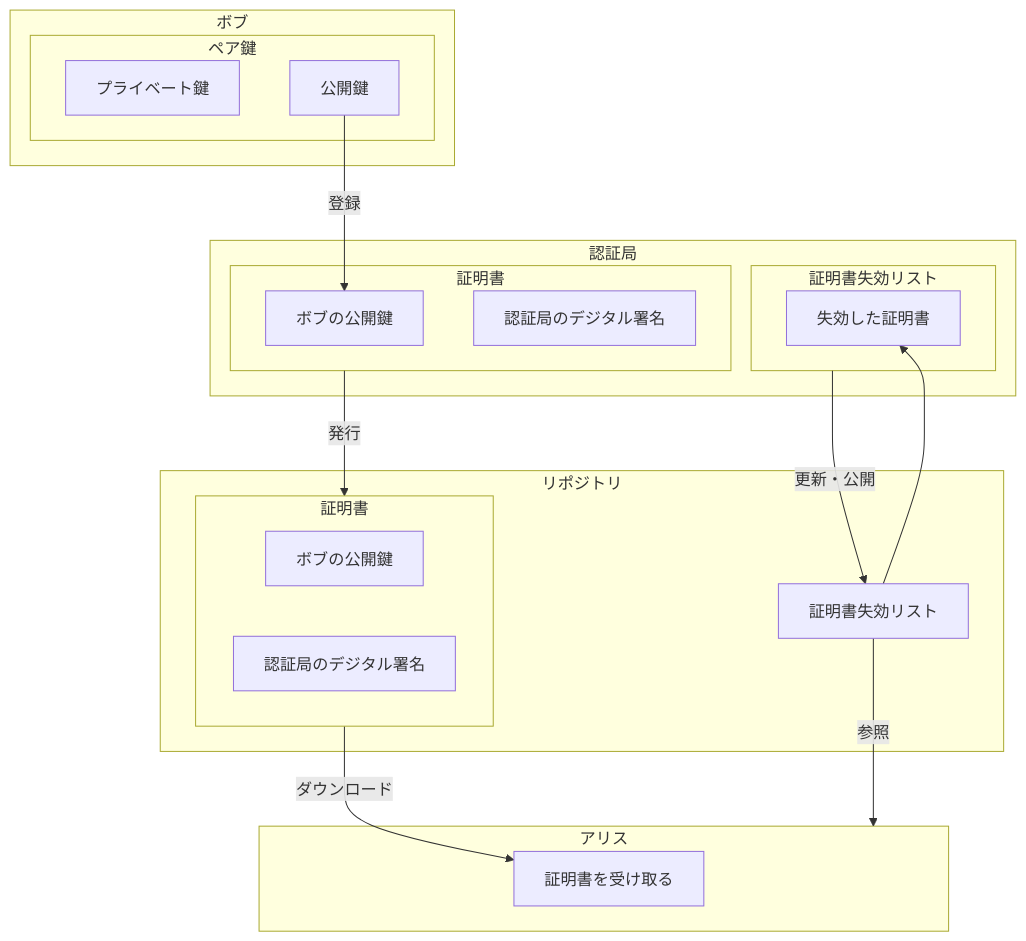
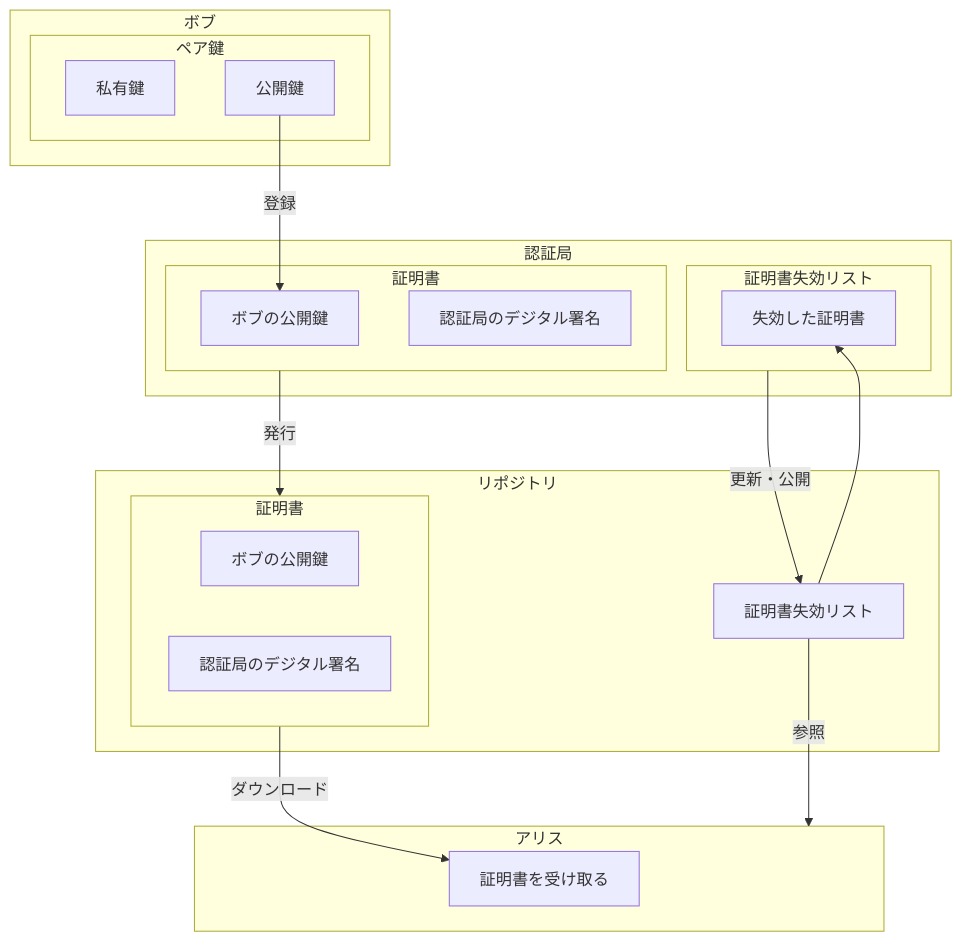
Before and after one commit to shuji-bonji/Notes-about-Digital-Signatures-and-Timestamps: the first of 2 diagrams in PublicKeyCryptographyInfrastructure.md, drawn with Mermaid. The commit also changed other lines of this file and 7 other files, not shown here.

````diff
--- a/PublicKeyCryptographyInfrastructure.md
+++ b/PublicKeyCryptographyInfrastructure.md
@@ -33,37 +33,37 @@
 ```mermaid
 graph TD
     subgraph Bob["ボブ"]
       subgraph pairKey["ペア鍵"]
-        B_priKey["プライベート鍵"]
+        B_priKey["私有鍵"]
         B_pubKey["公開鍵"]
       end
     end
 
     subgraph Auth["認証局"]
       subgraph B_cert["証明書"]
         B_pubKey_in_cert["ボブの公開鍵"]
         Auth_sign["認証局のデジタル署名"]
       end
       subgraph CRL["証明書失効リスト"]
         revokedCert["失効した証明書"]
       end
     end
 
     subgraph Repository["リポジトリ"]
       subgraph B_cert_in_rep["証明書"]
         B_pubKey_in_rep["ボブの公開鍵"]
         Auth_sign_in_rep["認証局のデジタル署名"]
       end
       CRL_in_Rep["証明書失効リスト"] --> revokedCert
     end
 
     subgraph Alice["アリス"]
       A_receive_cert["証明書を受け取る"]
     end
 
     B_pubKey --"登録"--> B_pubKey_in_cert
     B_cert --"発行"--> B_cert_in_rep
     B_cert_in_rep --"ダウンロード"--> A_receive_cert
     CRL --"更新・公開"--> CRL_in_Rep
     CRL_in_Rep --"参照"--> Alice
 ```
````
